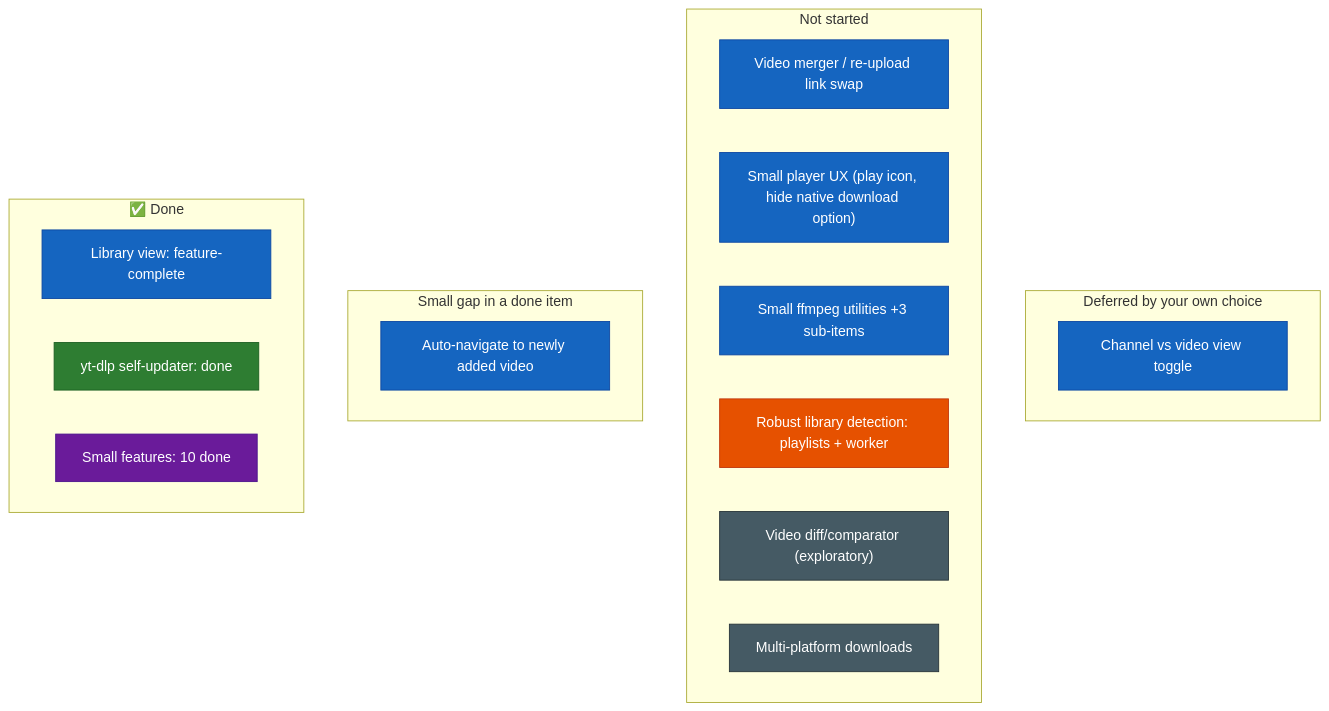
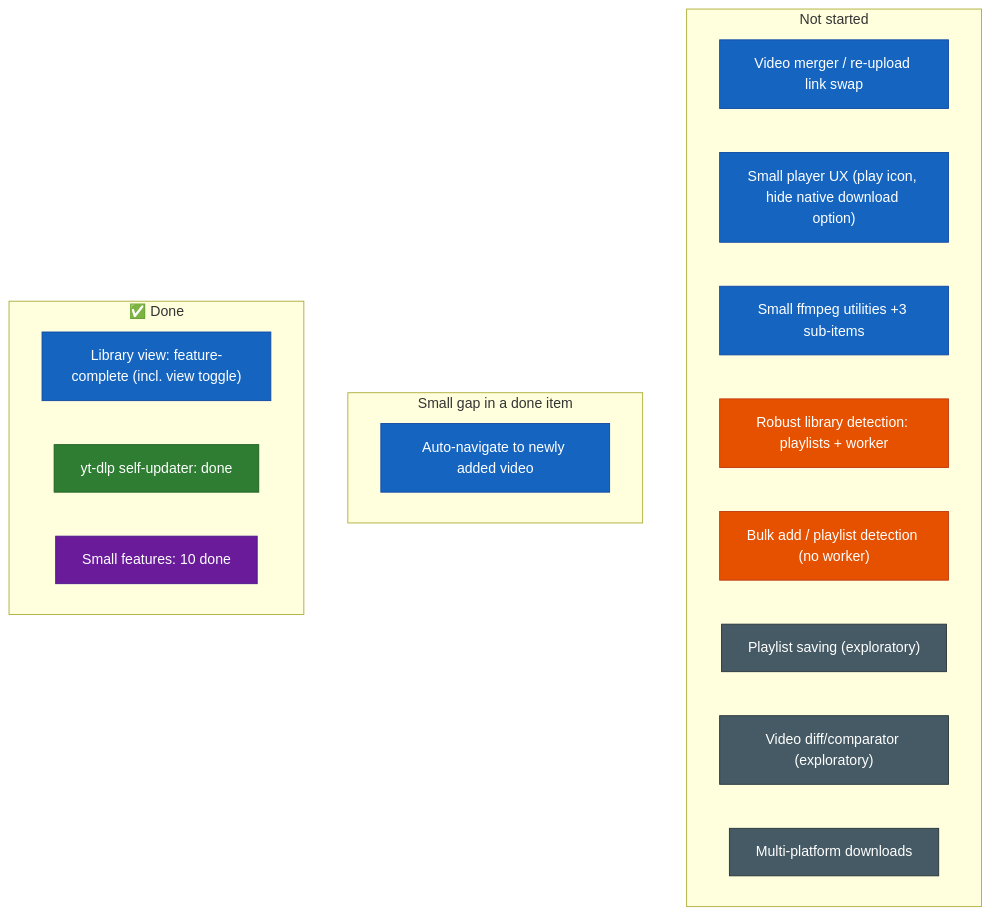
The diagram in futureSpecsFeedback.md (SlothSoftworks/Sloth-Archiver), drawn with Mermaid before and after one commit. The commit also changed other lines of this file and 11 other files, not shown here.

Commit message:
feat: add bulk add to library feature and bulkdownload

````diff
--- a/futureSpecsFeedback.md
+++ b/futureSpecsFeedback.md
@@ -30,43 +32,40 @@
 ```mermaid
 flowchart LR
     classDef library fill:#1565c0,stroke:#0d47a1,color:#fff
     classDef updater fill:#2e7d32,stroke:#1b5e20,color:#fff
     classDef playlist fill:#e65100,stroke:#bf360c,color:#fff
     classDef smallfeat fill:#6a1b9a,stroke:#4a148c,color:#fff
     classDef longshot fill:#455a64,stroke:#263238,color:#fff
 
     subgraph DONE["✅ Done"]
         direction LR
-        d1["Library view: feature-complete"]
+        d1["Library view: feature-complete (incl. view toggle)"]
         d2["yt-dlp self-updater: done"]
         d3["Small features: 10 done"]
     end
 
     subgraph PARTIAL["Small gap in a done item"]
         direction LR
         p1["Auto-navigate to newly added video"]
     end
 
     subgraph TODO["Not started"]
         direction LR
         t1["Video merger / re-upload link swap"]
         t2["Small player UX (play icon, hide native download option)"]
         t3["Small ffmpeg utilities +3 sub-items"]
         t4["Robust library detection: playlists + worker"]
-        t5["Video diff/comparator (exploratory)"]
-        t6["Multi-platform downloads"]
+        t5["Bulk add / playlist detection (no worker)"]
+        t6["Playlist saving (exploratory)"]
+        t7["Video diff/comparator (exploratory)"]
+        t8["Multi-platform downloads"]
     end
 
-    subgraph DEFERRED["Deferred by your own choice"]
-        direction LR
-        x1["Channel vs video view toggle"]
-    end
+    DONE ~~~ PARTIAL ~~~ TODO
 
-    DONE ~~~ PARTIAL ~~~ TODO ~~~ DEFERRED
-
-    class d1,p1,t1,t2,t3,x1 library
+    class d1,p1,t1,t2,t3 library
     class d2 updater
-    class t4 playlist
+    class t4,t5 playlist
     class d3 smallfeat
-    class t5,t6 longshot
+    class t6,t7,t8 longshot
 ```
````
